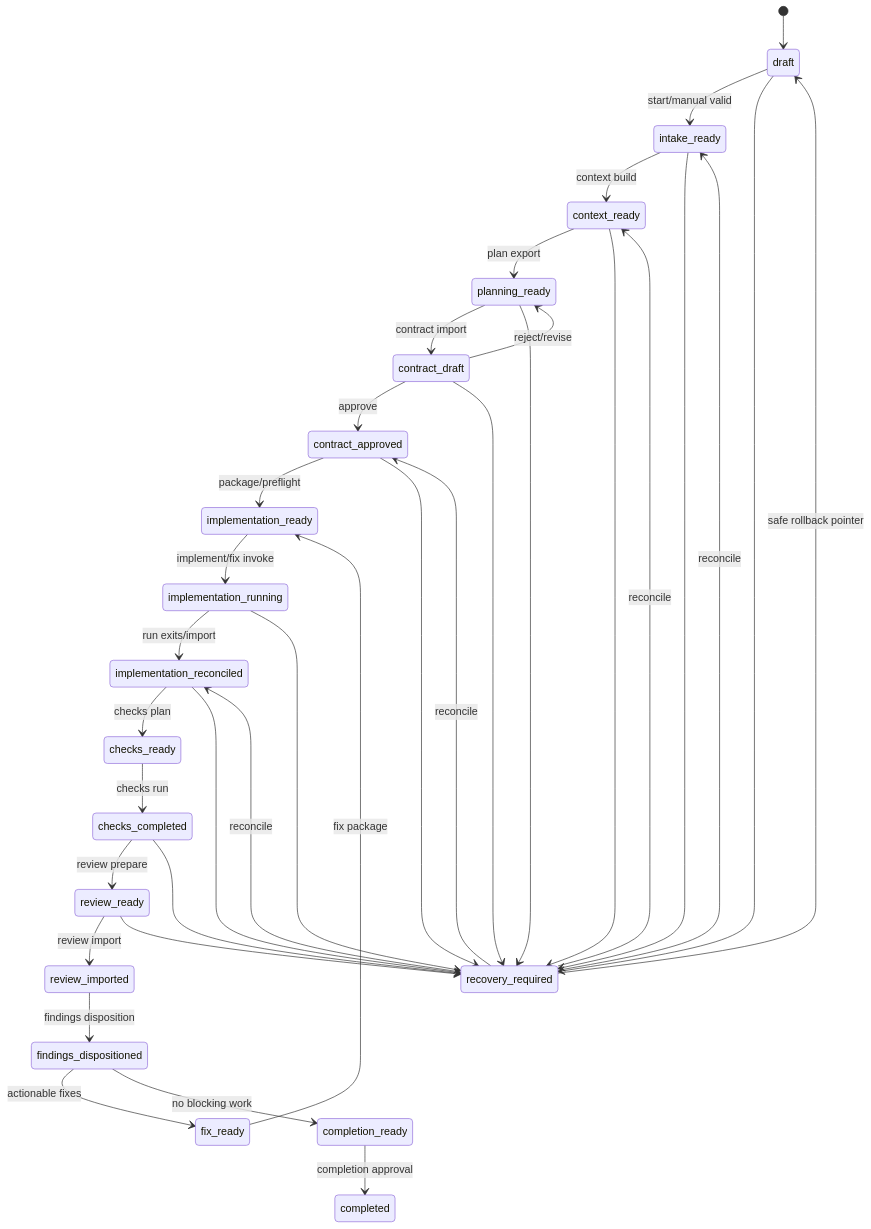
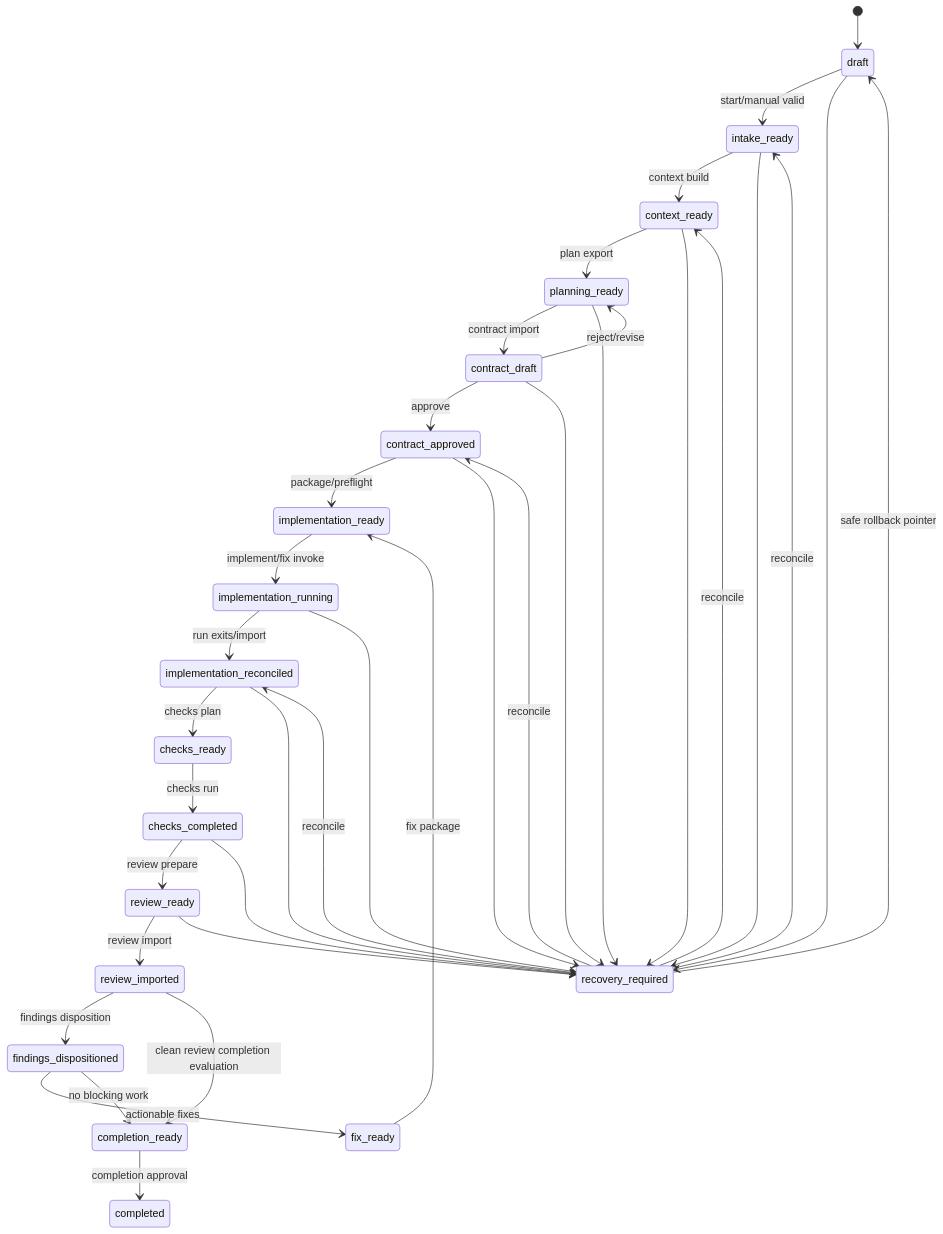
One commit to odeh-simon/atlas-cli changed the diagram in DOCs/M0_Engineering_Design/03_workflow_state_specification.md. Above: the diagram before and after it, drawn with Mermaid. The commit also changed other lines of this file and 16 other files, not shown here.

````diff
--- a/DOCs/M0_Engineering_Design/03_workflow_state_specification.md
+++ b/DOCs/M0_Engineering_Design/03_workflow_state_specification.md
@@ -46,37 +46,38 @@
 ```mermaid
 stateDiagram-v2
     [*] --> draft
     draft --> intake_ready: start/manual valid
     intake_ready --> context_ready: context build
     context_ready --> planning_ready: plan export
     planning_ready --> contract_draft: contract import
     contract_draft --> planning_ready: reject/revise
     contract_draft --> contract_approved: approve
     contract_approved --> implementation_ready: package/preflight
     implementation_ready --> implementation_running: implement/fix invoke
     implementation_running --> implementation_reconciled: run exits/import
     implementation_reconciled --> checks_ready: checks plan
     checks_ready --> checks_completed: checks run
     checks_completed --> review_ready: review prepare
     review_ready --> review_imported: review import
     review_imported --> findings_dispositioned: findings disposition
+    review_imported --> completion_ready: clean review completion evaluation
     findings_dispositioned --> fix_ready: actionable fixes
     findings_dispositioned --> completion_ready: no blocking work
     fix_ready --> implementation_ready: fix package
     completion_ready --> completed: completion approval
     draft --> recovery_required
     intake_ready --> recovery_required
     context_ready --> recovery_required
     planning_ready --> recovery_required
     contract_draft --> recovery_required
     contract_approved --> recovery_required
     implementation_running --> recovery_required
     implementation_reconciled --> recovery_required
     checks_completed --> recovery_required
     review_ready --> recovery_required
     recovery_required --> draft: safe rollback pointer
     recovery_required --> intake_ready: reconcile
     recovery_required --> context_ready: reconcile
     recovery_required --> contract_approved: reconcile
     recovery_required --> implementation_reconciled: reconcile
 ```
````
